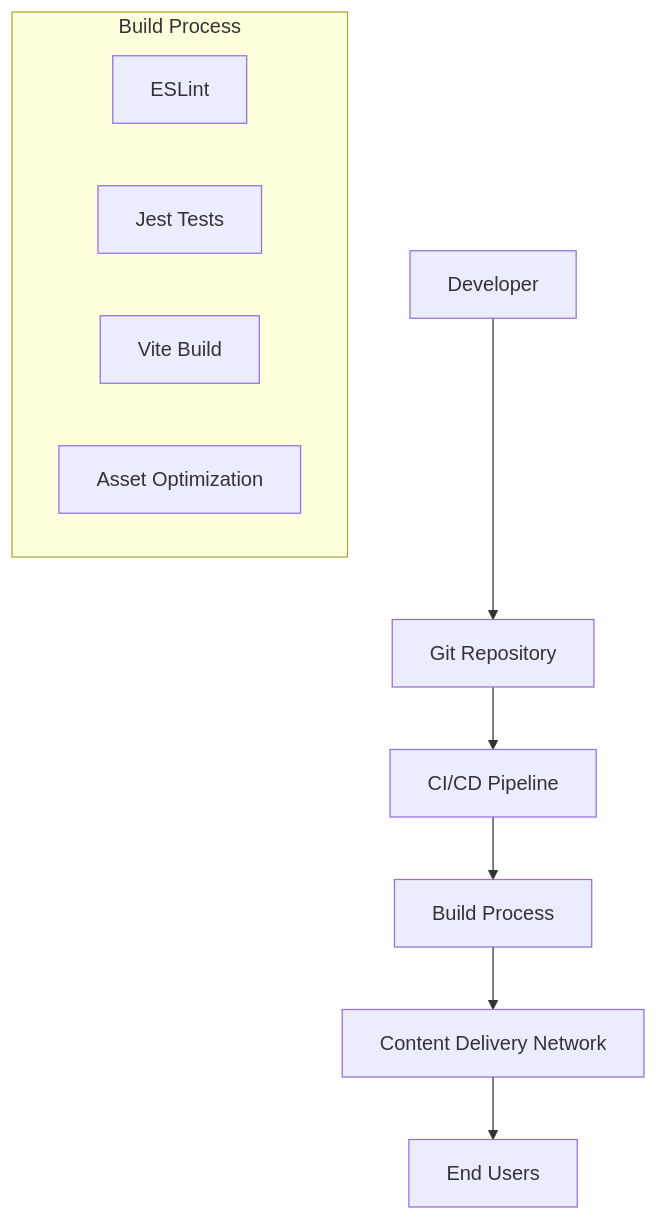
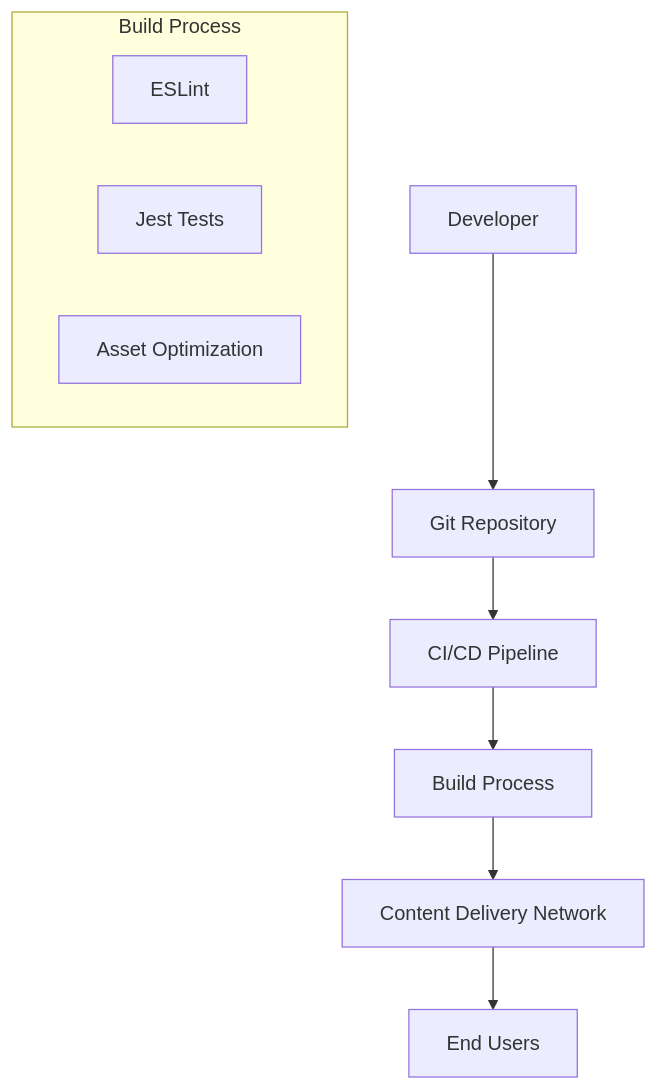
The eighth of 9 diagrams in .kiro/specs/weird-animal-quiz/design.md (lotharschulz/spec-driven-kiro-project), drawn with Mermaid before and after one commit. The commit also changed other lines of this file and 141 other files, not shown here.

````diff
--- a/.kiro/specs/weird-animal-quiz/design.md
+++ b/.kiro/specs/weird-animal-quiz/design.md
@@ -808,15 +806,14 @@
 ```mermaid
 graph TB
     Dev[Developer] --> Git[Git Repository]
     Git --> CI[CI/CD Pipeline]
     CI --> Build[Build Process]
     Build --> CDN[Content Delivery Network]
     CDN --> Users[End Users]
     
     subgraph "Build Process"
         Lint[ESLint]
         Test[Jest Tests]
-        Bundle[Vite Build]
         Optimize[Asset Optimization]
     end
 ```
````
